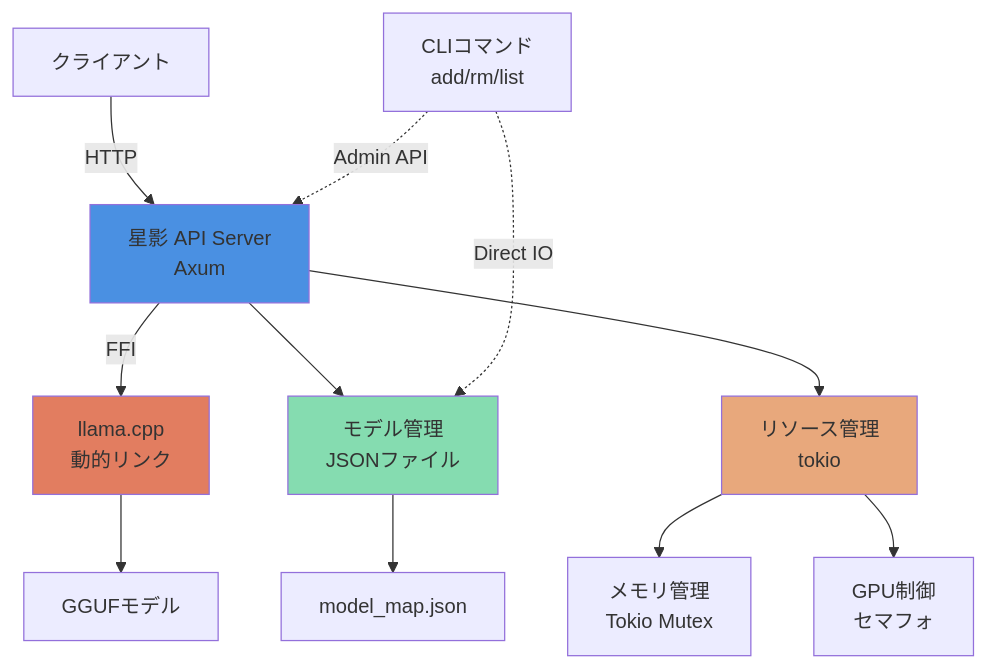
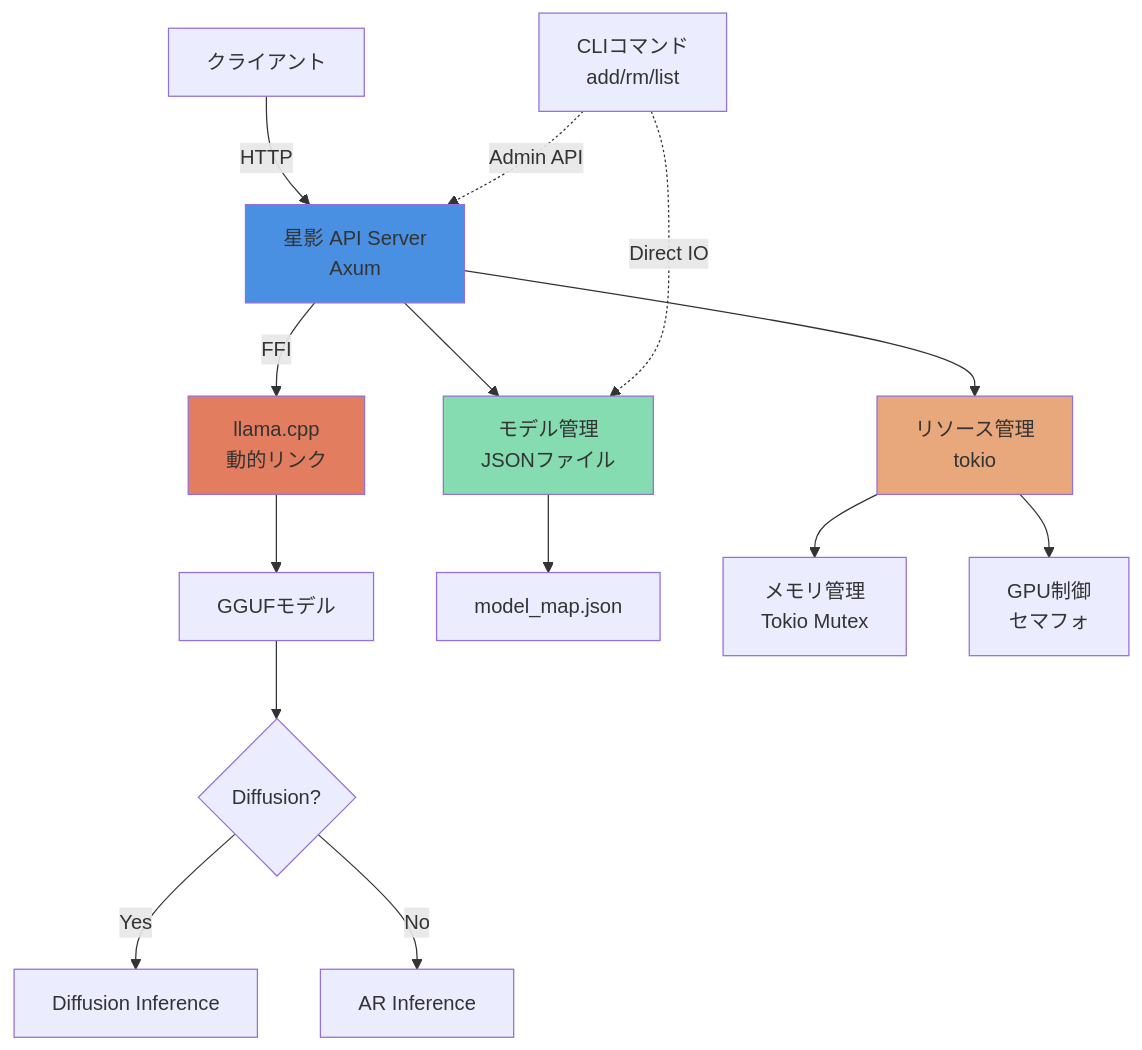
Before and after one commit to tanep3/hoshikage: the diagram in docs/system-design.md, drawn with Mermaid. The commit also changed other lines of this file and 6 other files, not shown here.

````diff
--- a/docs/system-design.md
+++ b/docs/system-design.md
@@ -13,21 +13,24 @@
 ```mermaid
 graph TB
     Client[クライアント] -->|HTTP| API[星影 API Server<br/>Axum]
     API -->|FFI| LLM[llama.cpp<br/>動的リンク]
     API --> Config[モデル管理<br/>JSONファイル]
     CLI[CLIコマンド<br/>add/rm/list] -.->|Admin API| API
     CLI -.->|Direct IO| Config
     API --> Resource[リソース管理<br/>tokio]
     
     LLM --> Model[GGUFモデル]
+    Model --> TypeCheck{Diffusion?}
+    TypeCheck -->|Yes| Diff[Diffusion Inference]
+    TypeCheck -->|No| AR[AR Inference]
     
     Config --> ModelDB[model_map.json]
     
     Resource --> Memory[メモリ管理<br/>Tokio Mutex]
     Resource --> GPU[GPU制御<br/>セマフォ]
     
     style API fill:#4A90E2
     style LLM fill:#E27D60
     style Config fill:#85DCB0
     style Resource fill:#E8A87C
 ```
````
